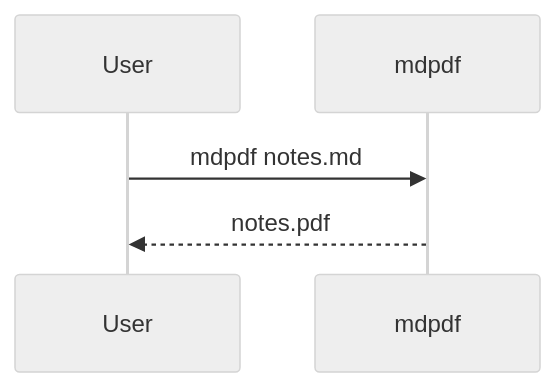
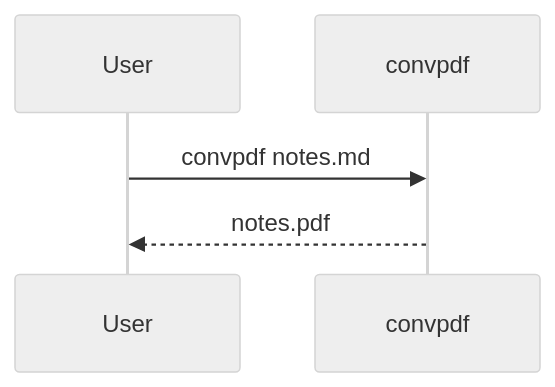
Before and after one commit to mohamed-chs/convpdf: the second of 2 diagrams in examples/showcase.md, drawn with Mermaid (neutral theme). The commit also changed other lines of this file and 36 other files, not shown here.

````diff
--- a/examples/showcase.md
+++ b/examples/showcase.md
@@ -149,7 +149,7 @@
 ```mermaid
 sequenceDiagram
     participant U as User
-    participant M as mdpdf
-    U->>M: mdpdf notes.md
+    participant M as convpdf
+    U->>M: convpdf notes.md
     M-->>U: notes.pdf
 ```
````
